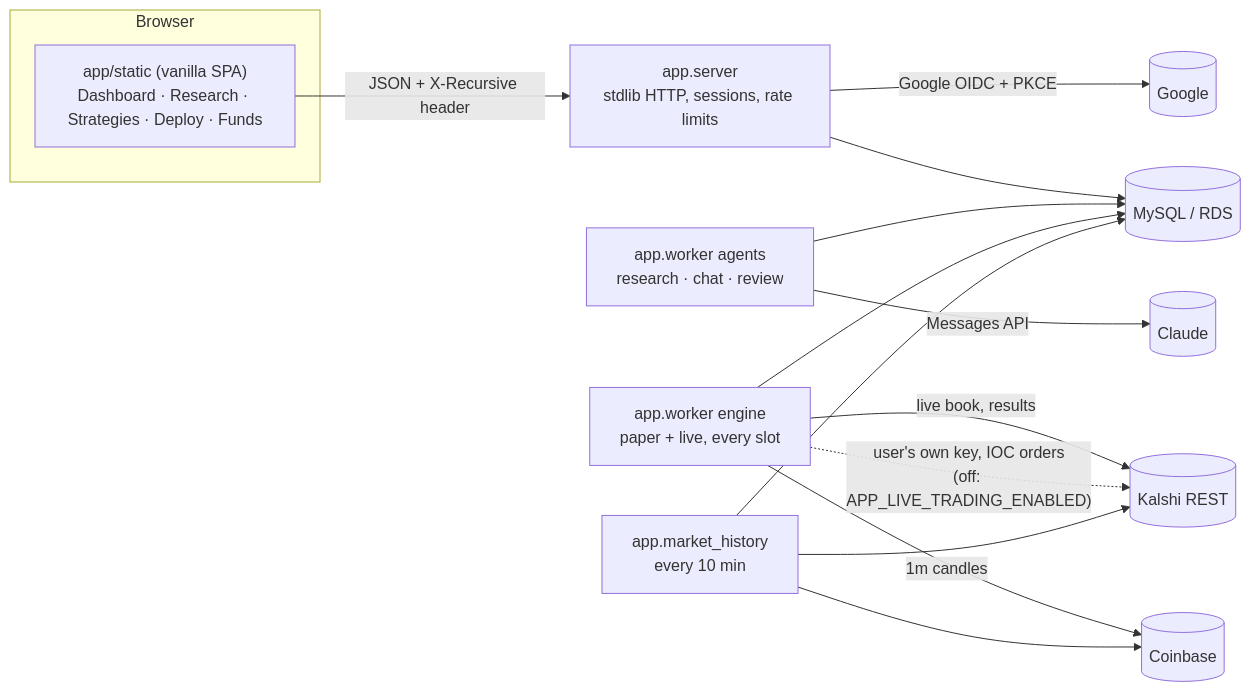
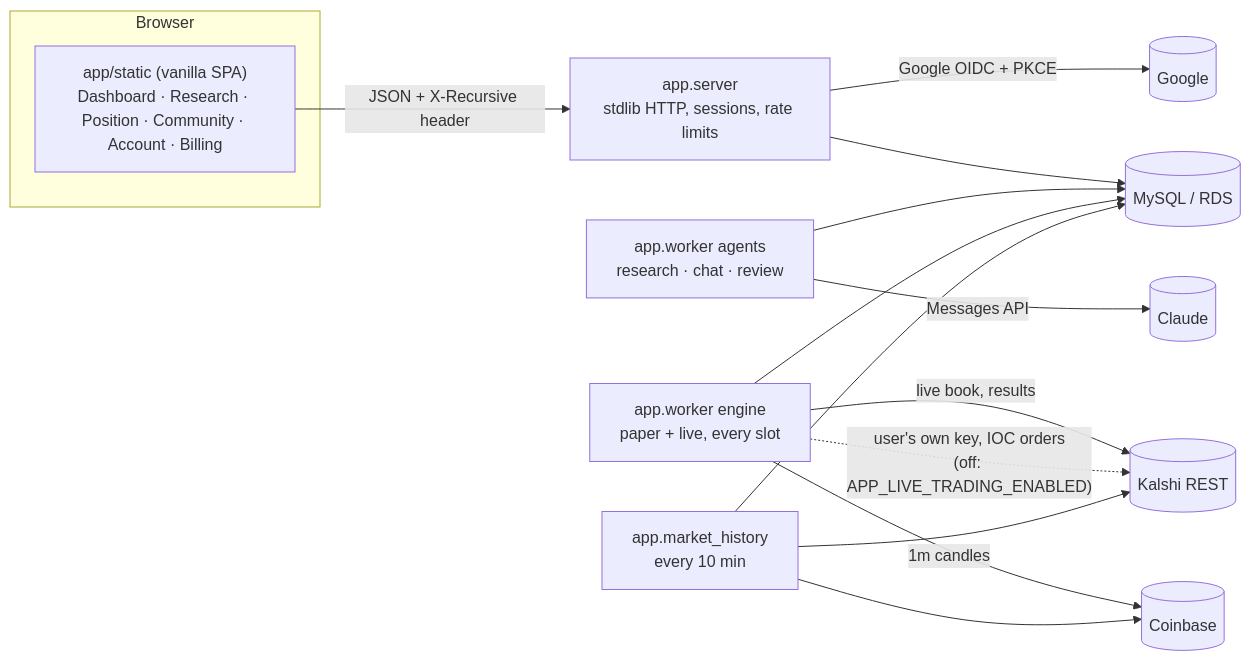
The first of 2 diagrams in kalshi_trade_infra/app/README.md (JihuiTanUchicago/kalshi_trade), drawn with Mermaid before and after one commit. The commit also changed other lines of this file and 32 other files, not shown here.

````diff
--- a/kalshi_trade_infra/app/README.md
+++ b/kalshi_trade_infra/app/README.md
@@ -10,18 +53,18 @@
 ```mermaid
 flowchart LR
   subgraph Browser
-    SPA["app/static (vanilla SPA)<br/>Dashboard · Research · Strategies · Deploy · Funds"]
+    SPA["app/static (vanilla SPA)<br/>Dashboard · Research · Position · Community · Account · Billing"]
   end
   SPA -- "JSON + X-Recursive header" --> WEB["app.server<br/>stdlib HTTP, sessions, rate limits"]
   WEB -- "Google OIDC + PKCE" --> G[(Google)]
   WEB --> DB[(MySQL / RDS)]
   AG["app.worker agents<br/>research · chat · review"] --> DB
   AG -- "Messages API" --> C[(Claude)]
   EN["app.worker engine<br/>paper + live, every slot"] --> DB
   EN -- "live book, results" --> K[(Kalshi REST)]
   EN -- "1m candles" --> CB[(Coinbase)]
   EN -. "user's own key, IOC orders<br/>(off: APP_LIVE_TRADING_ENABLED)" .-> K
   HI["app.market_history<br/>every 10 min"] --> DB
   HI --> K
   HI --> CB
 ```
````
